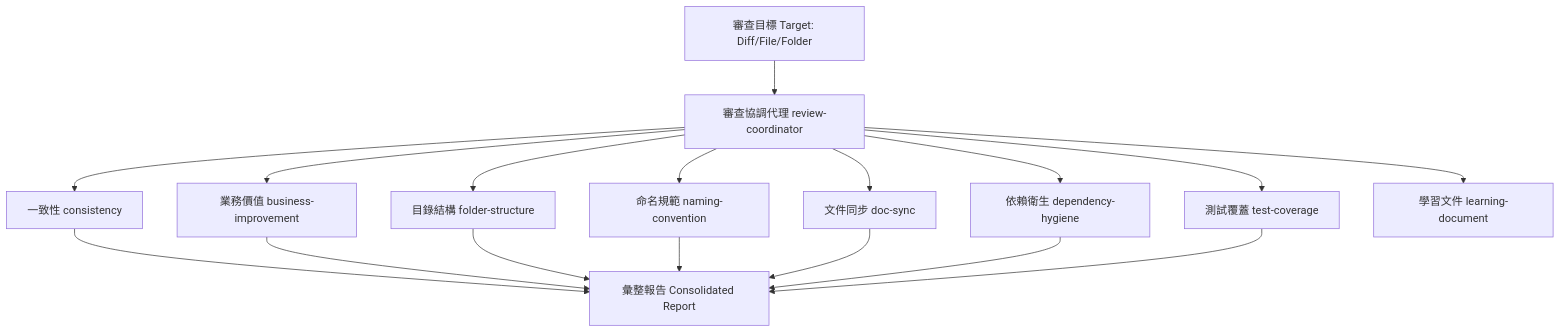
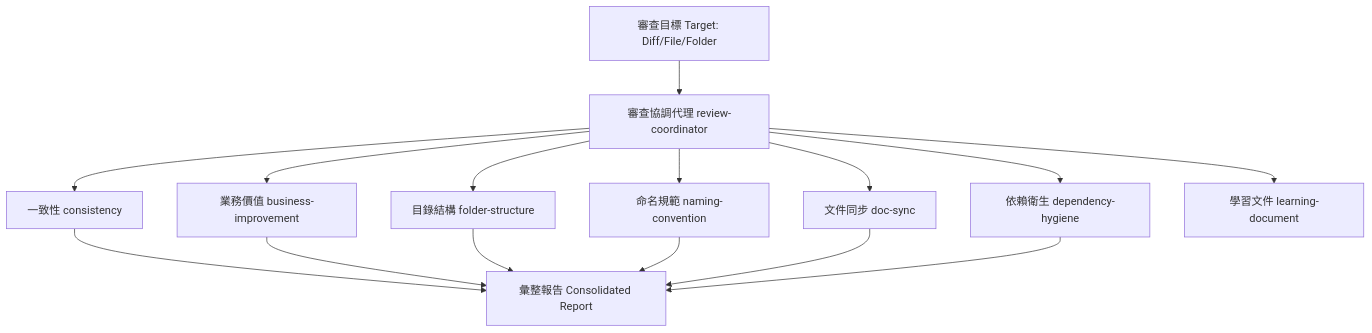
The diagram in plugins/review/README.md (BizShuk/cc-plugin), drawn with Mermaid before and after one commit. The commit also changed other lines of this file and 6 other files, not shown here.

````diff
--- a/plugins/review/README.md
+++ b/plugins/review/README.md
@@ -13,19 +13,17 @@
 ```mermaid
 graph TD
     Target[審查目標 Target: Diff/File/Folder] --> Coordinator[審查協調代理 review-coordinator]
     Coordinator --> S1[一致性 consistency]
     Coordinator --> S2[業務價值 business-improvement]
     Coordinator --> S3[目錄結構 folder-structure]
     Coordinator --> S4[命名規範 naming-convention]
     Coordinator --> S5[文件同步 doc-sync]
     Coordinator --> S6[依賴衛生 dependency-hygiene]
-    Coordinator --> S7[測試覆蓋 test-coverage]
-    Coordinator --> S8[學習文件 learning-document]
+    Coordinator --> S7[學習文件 learning-document]
     S1 --> Report[彙整報告 Consolidated Report]
     S2 --> Report
     S3 --> Report
     S4 --> Report
     S5 --> Report
     S6 --> Report
-    S7 --> Report
 ```
````
